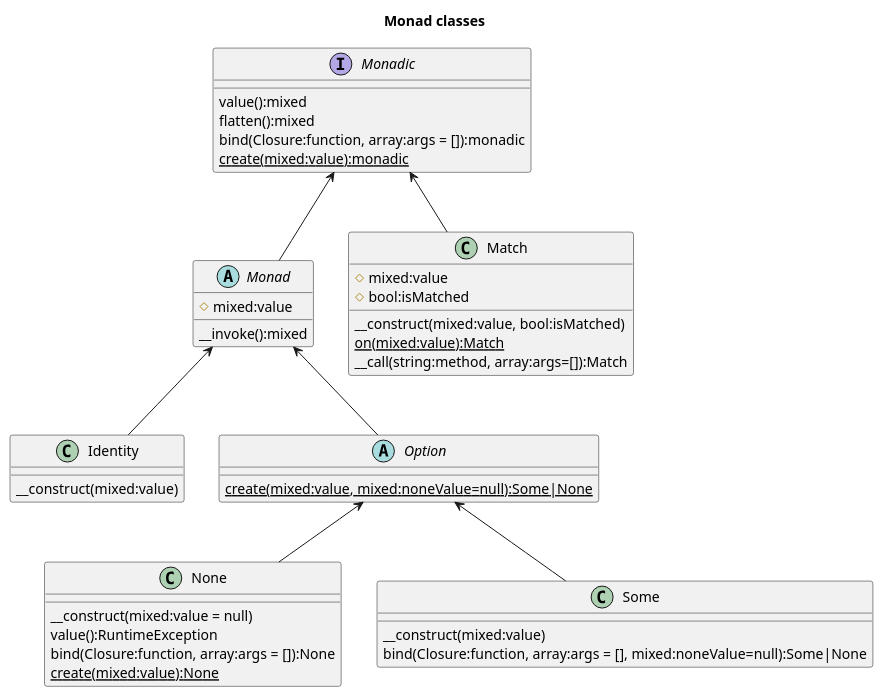
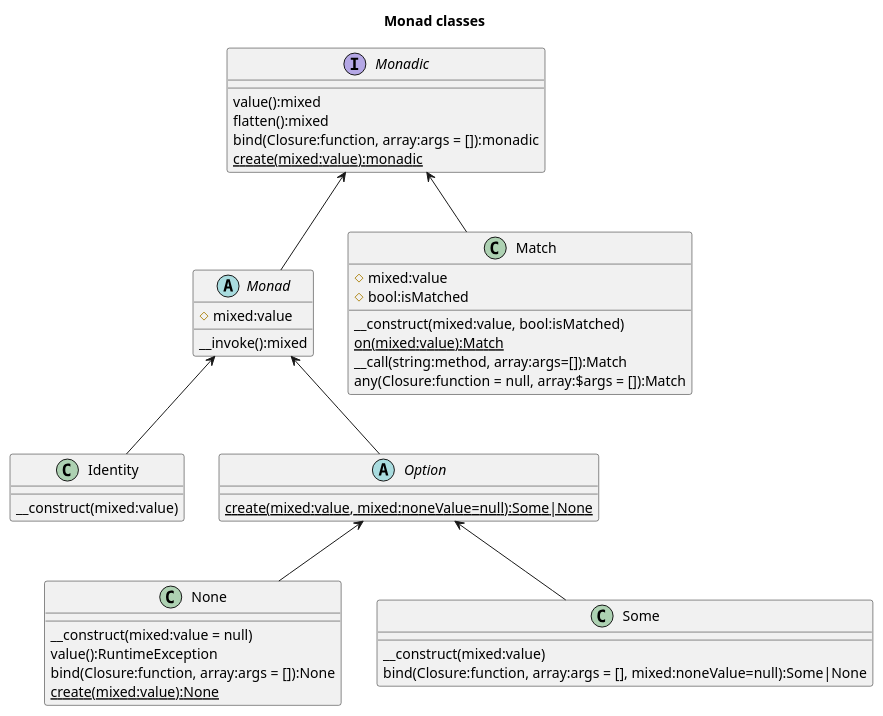
Before and after one commit to chippyash/Monad: the diagram in docs/Monad Classes.puml, drawn with PlantUML. The commit also changed 4 other files, not shown here.

```diff
--- a/docs/Monad Classes.puml
+++ b/docs/Monad Classes.puml
@@ -1,50 +1,51 @@
 @startuml
 title Monad classes
 
 interface Monadic {
     value():mixed
     flatten():mixed
     bind(Closure:function, array:args = []):monadic
     {static} create(mixed:value):monadic
 }
 
 abstract class Monad {
     #mixed:value
     __invoke():mixed
 }
 
 class Identity {
     __construct(mixed:value)
 }
 
 abstract class Option {
     {static} create(mixed:value, mixed:noneValue=null):Some|None
 }
 
 class None {
     __construct(mixed:value = null)
     value():RuntimeException
     bind(Closure:function, array:args = []):None
     {static} create(mixed:value):None
 }
 
 class Some {
     __construct(mixed:value)
     bind(Closure:function, array:args = [], mixed:noneValue=null):Some|None
 }
 
 class Match {
     #mixed:value
     #bool:isMatched
     __construct(mixed:value, bool:isMatched)
     {static} on(mixed:value):Match
     __call(string:method, array:args=[]):Match
+    any(Closure:function = null, array:$args = []):Match
 }
 
 Monadic <-- Monad
 Monad <-- Identity
 Monad <-- Option
 Option <-- None
 Option <-- Some
 Monadic <-- Match
 @enduml
```
